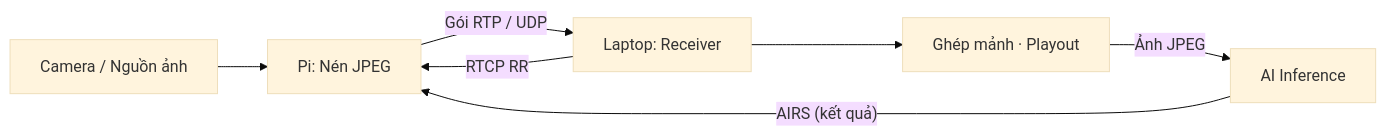
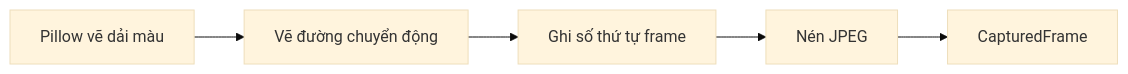
The second of 3 diagrams in study-site/docs/sessions/01-A-cn-product.md (KaiserRichard/edge-ai-video-runtime), drawn with Mermaid (base theme) before and after one commit. The commit also changed other lines of this file and 4 other files, not shown here.

````diff
--- a/study-site/docs/sessions/01-A-cn-product.md
+++ b/study-site/docs/sessions/01-A-cn-product.md
@@ -24,9 +527,4 @@
 ```mermaid
 flowchart LR
-  C["Camera / Nguồn ảnh"] --> S["Pi: Nén JPEG"]
-  S -->|"Gói RTP / UDP"| R["Laptop: Receiver"]
-  R --> P["Ghép mảnh · Playout"]
-  P -->|"Ảnh JPEG"| I["AI Inference"]
-  I -->|"AIRS (kết quả)"| S
-  R -->|"RTCP RR"| S
+  A["Pillow vẽ dải màu"] --> B["Vẽ đường chuyển động"] --> C["Ghi số thứ tự frame"] --> D["Nén JPEG"] --> E["CapturedFrame"]
 ```
````
